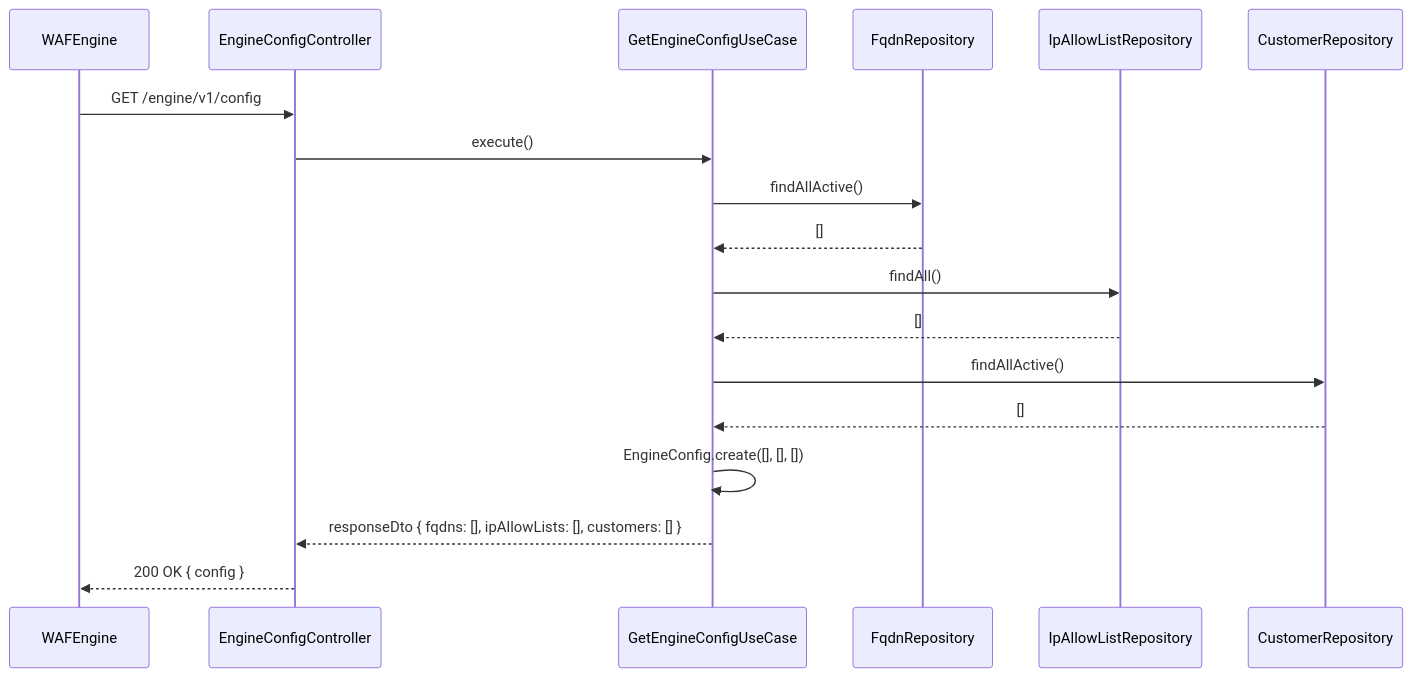
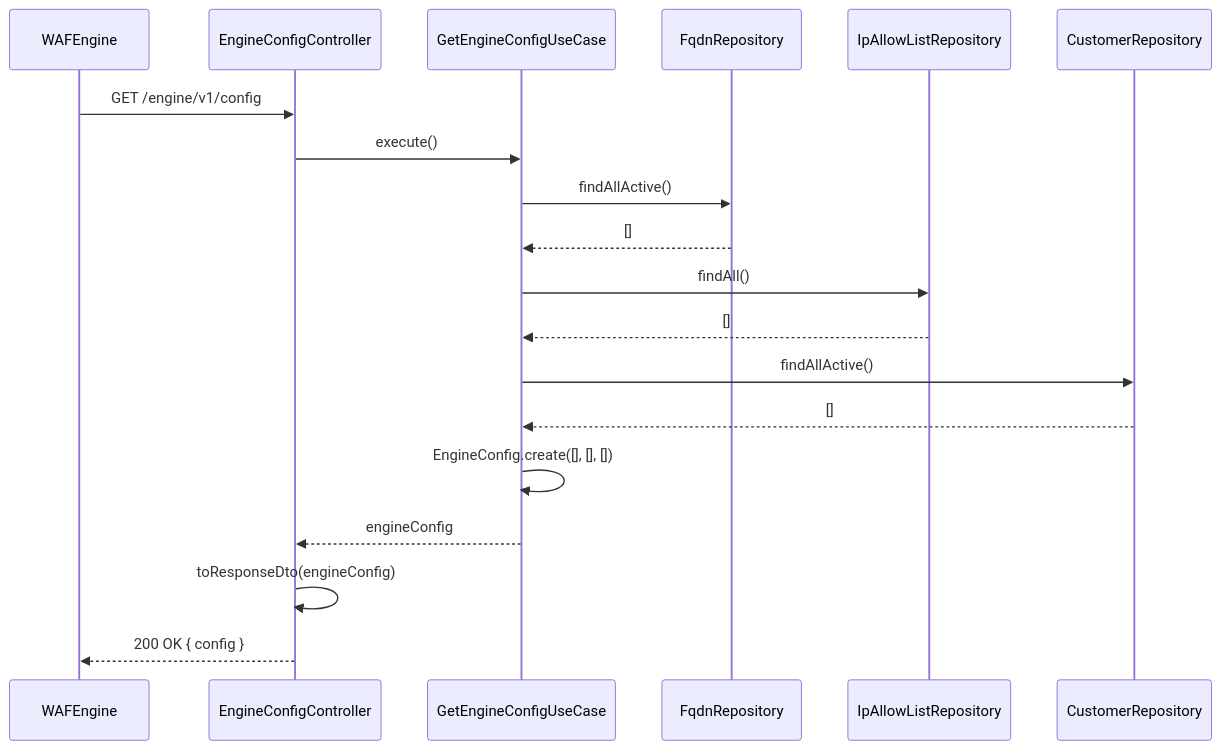
Before and after one commit to kencom2400/MrWebDefence-Console: the third of 3 diagrams in docs/detailed-design/MWD-100_waf-engine-config-delivery/sequence-diagrams.md, drawn with Mermaid. The commit also changed other lines of this file and 2 other files, not shown here.

First line of the commit message:
docs: Geminiレビュー指摘に対応 - Onion Architectureの責務分離と設計書の改善

````diff
--- a/docs/detailed-design/MWD-100_waf-engine-config-delivery/sequence-diagrams.md
+++ b/docs/detailed-design/MWD-100_waf-engine-config-delivery/sequence-diagrams.md
@@ -77,26 +78,27 @@
 ```mermaid
 sequenceDiagram
     participant WAFEngine
     participant EngineConfigController
     participant GetEngineConfigUseCase
     participant FqdnRepository
     participant IpAllowListRepository
     participant CustomerRepository
 
     WAFEngine->>EngineConfigController: GET /engine/v1/config
     EngineConfigController->>GetEngineConfigUseCase: execute()
     
     GetEngineConfigUseCase->>FqdnRepository: findAllActive()
     FqdnRepository-->>GetEngineConfigUseCase: []
     
     GetEngineConfigUseCase->>IpAllowListRepository: findAll()
     IpAllowListRepository-->>GetEngineConfigUseCase: []
     
     GetEngineConfigUseCase->>CustomerRepository: findAllActive()
     CustomerRepository-->>GetEngineConfigUseCase: []
     
     GetEngineConfigUseCase->>GetEngineConfigUseCase: EngineConfig.create([], [], [])
-    GetEngineConfigUseCase-->>EngineConfigController: responseDto { fqdns: [], ipAllowLists: [], customers: [] }
+    GetEngineConfigUseCase-->>EngineConfigController: engineConfig
     
+    EngineConfigController->>EngineConfigController: toResponseDto(engineConfig)
     EngineConfigController-->>WAFEngine: 200 OK { config }
 ```
````
